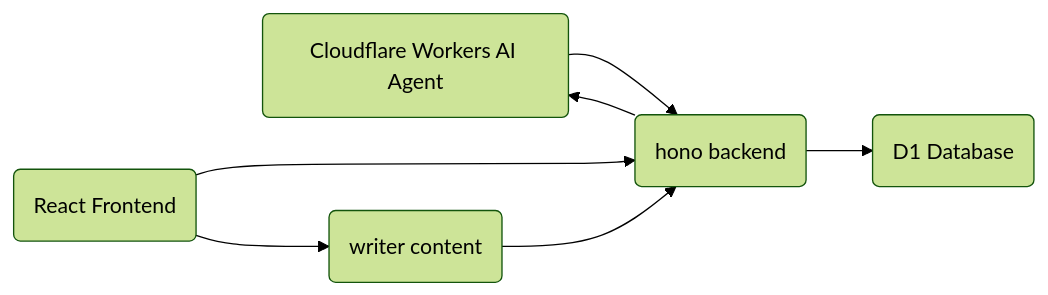
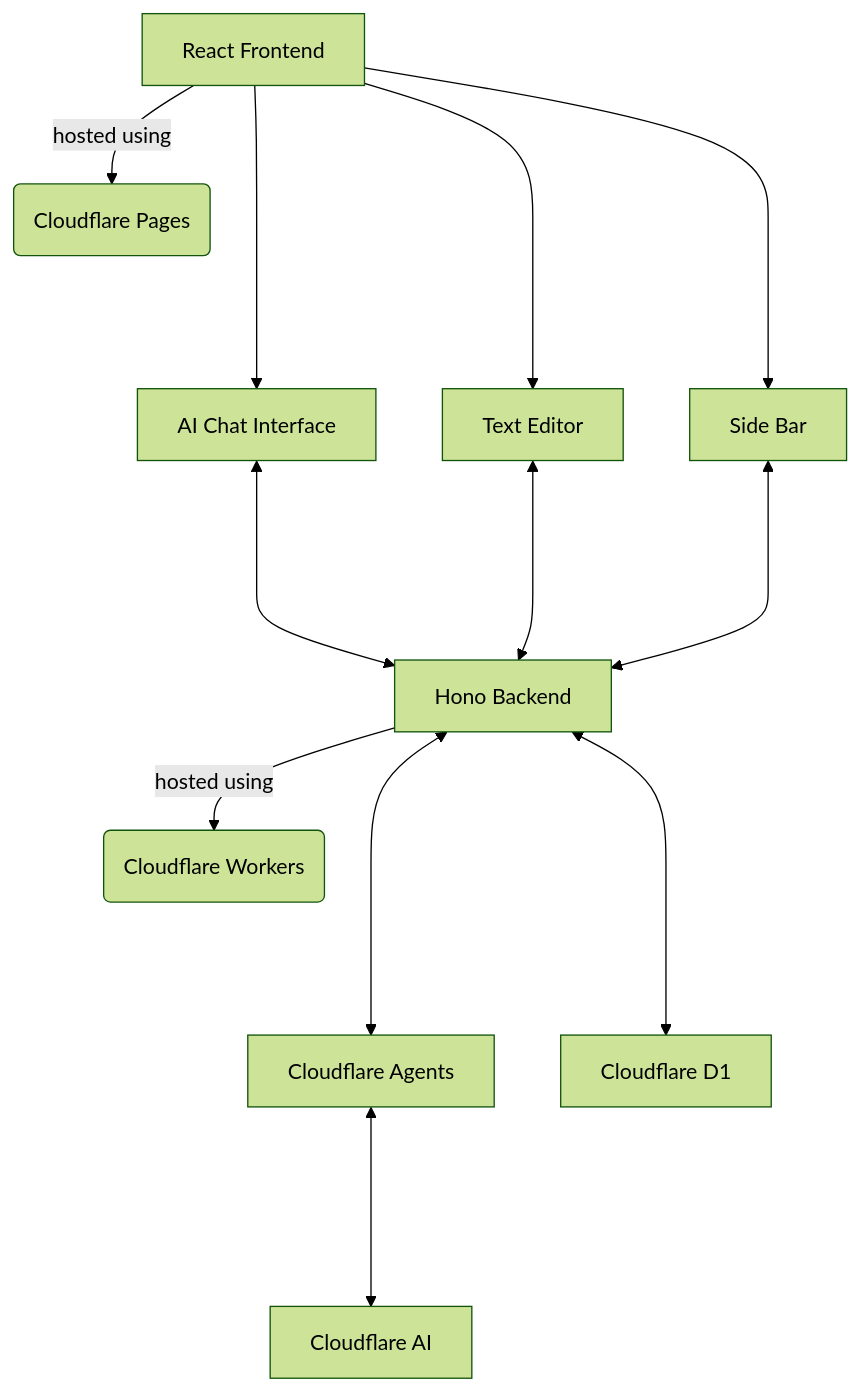
One commit to haru-02/cf_ai_wraiter changed the diagram in README.md. Above: the diagram before and after it, drawn with Mermaid (forest theme).

Commit message:
Update mermaid in readme

````diff
--- a/README.md
+++ b/README.md
@@ -28,9 +28,14 @@
 ```mermaid
-graph LR
-A(Cloudflare Workers AI Agent) -->B(hono backend)
-B --> A
-C(React Frontend) --> B
-C --> D(writer content)
-D --> B
-B --> E(D1 Database)
-```
+graph TB
+A[React Frontend] ----> B[AI Chat Interface]
+A ----> C[Text Editor]
+A ----> D[Side Bar]
+B <----> E[Hono Backend]
+C <----> E
+D <----> E
+E <----> F[Cloudflare Agents]
+F <----> G[Cloudflare AI]
+E <----> H[Cloudflare D1]
+A --hosted using--> I(Cloudflare Pages)
+E --hosted using--> J(Cloudflare Workers)
+``` 
````
